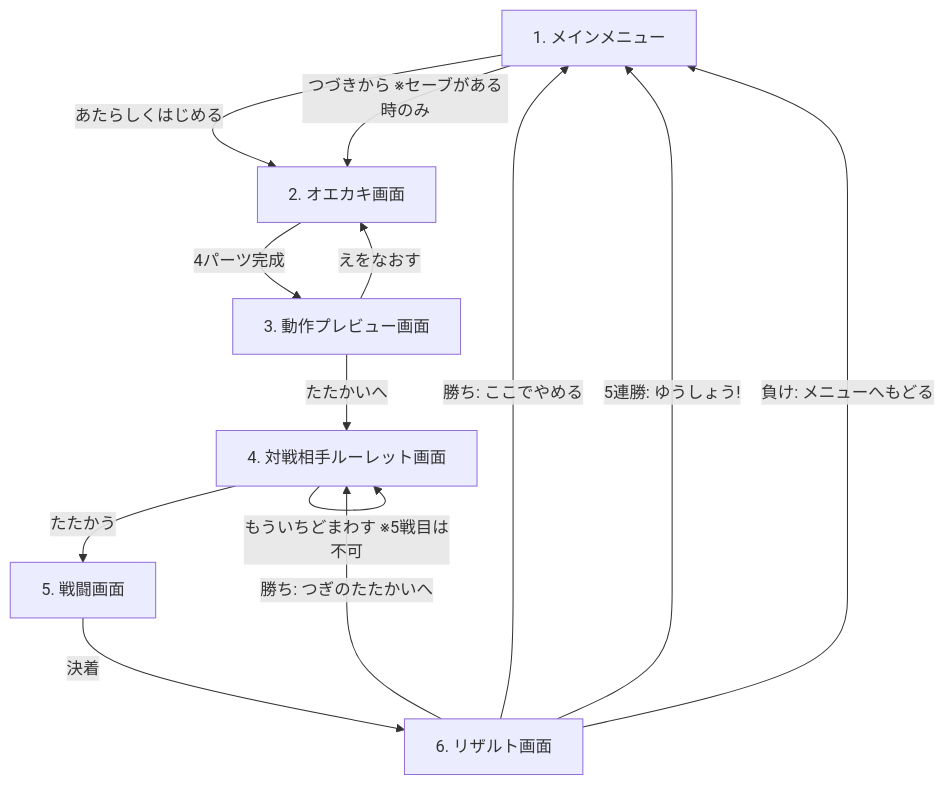
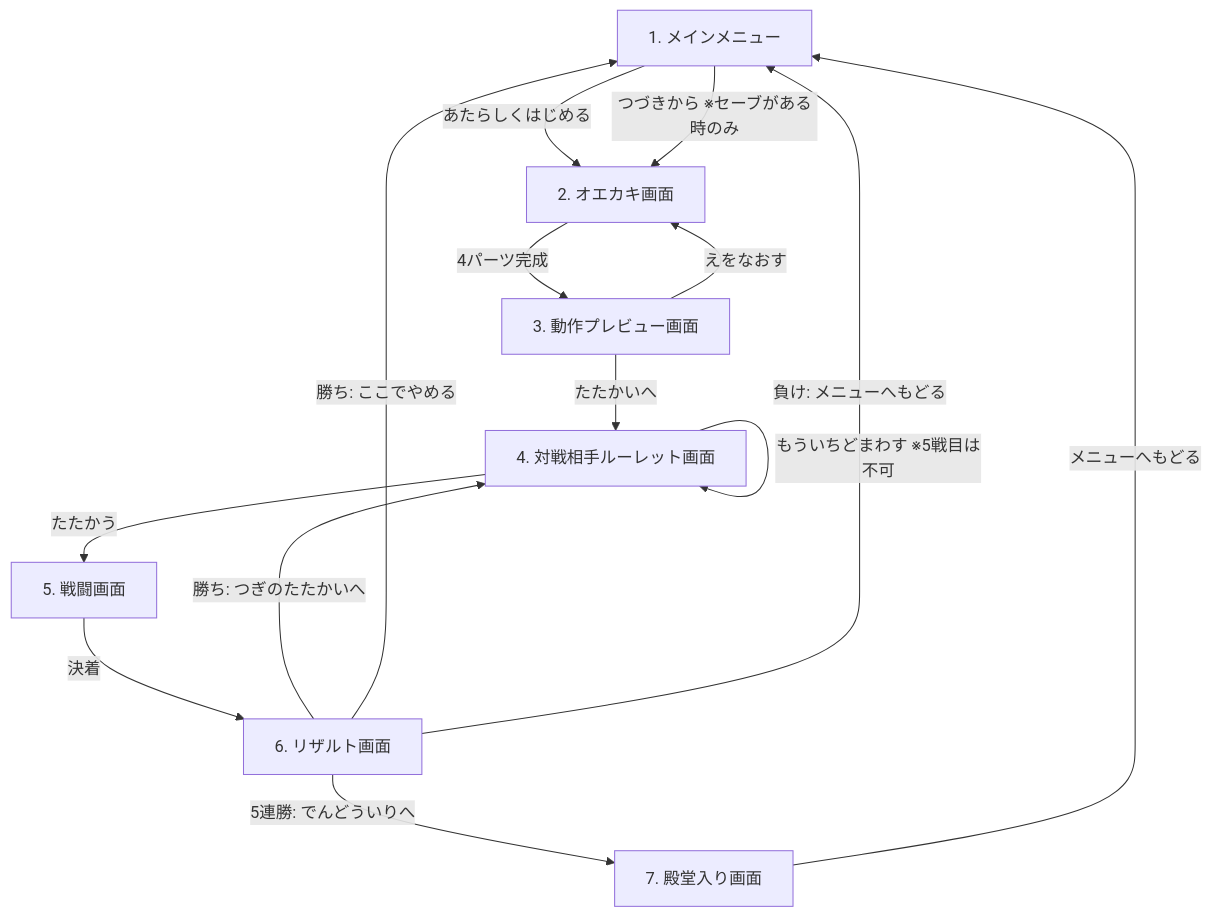
One commit to sakanayuki/cc_rakugaki changed the diagram in DESIGN.md. Above: the diagram before and after it, drawn with Mermaid. The commit also changed other lines of this file, not shown here.

````diff
--- a/DESIGN.md
+++ b/DESIGN.md
@@ -67,15 +88,16 @@
 ```mermaid
 flowchart TD
     MENU[1. メインメニュー] -->|あたらしくはじめる| DRAW[2. オエカキ画面]
     MENU -->|つづきから ※セーブがある時のみ| DRAW
     DRAW -->|4パーツ完成| PREVIEW[3. 動作プレビュー画面]
     PREVIEW -->|えをなおす| DRAW
     PREVIEW -->|たたかいへ| ROULETTE[4. 対戦相手ルーレット画面]
     ROULETTE -->|たたかう| BATTLE[5. 戦闘画面]
     ROULETTE -->|もういちどまわす ※5戦目は不可| ROULETTE
     BATTLE -->|決着| RESULT[6. リザルト画面]
     RESULT -->|勝ち: つぎのたたかいへ| ROULETTE
     RESULT -->|勝ち: ここでやめる| MENU
-    RESULT -->|5連勝: ゆうしょう!| MENU
+    RESULT -->|5連勝: でんどういりへ| HALL[7. 殿堂入り画面]
     RESULT -->|負け: メニューへもどる| MENU
+    HALL -->|メニューへもどる| MENU
 ```
````
